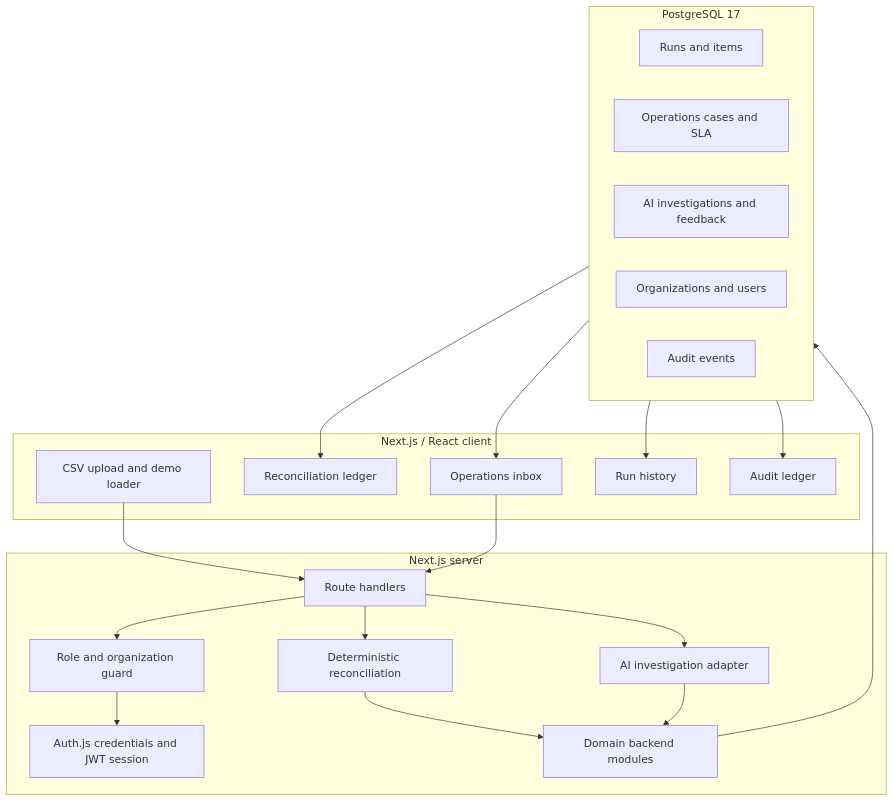
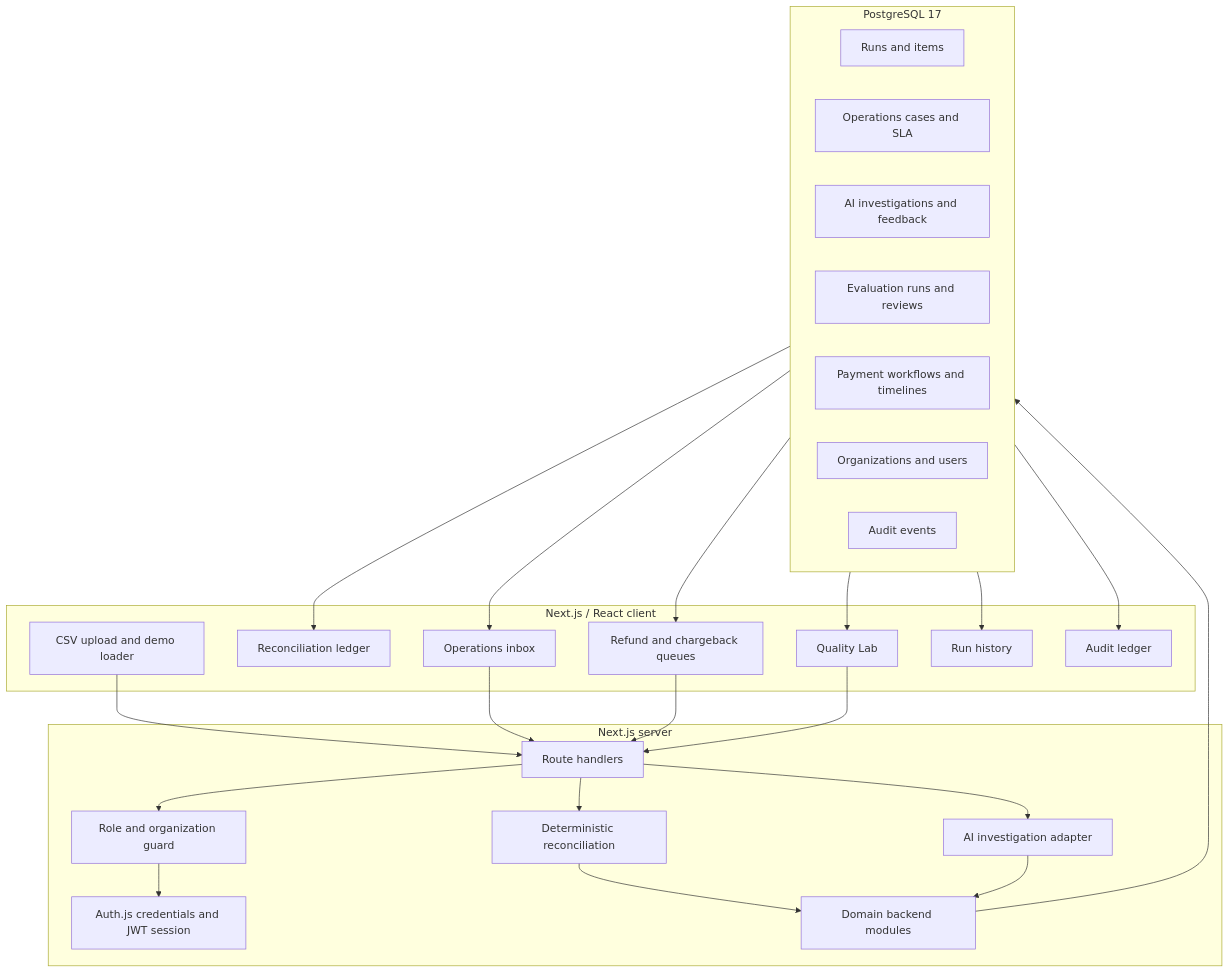
The diagram in docs/portfolio/ARCHITECTURE.md (himanisharrma/payops-copilot), drawn with Mermaid before and after one commit. The commit also changed other lines of this file and 15 other files, not shown here.

````diff
--- a/docs/portfolio/ARCHITECTURE.md
+++ b/docs/portfolio/ARCHITECTURE.md
@@ -8,41 +8,49 @@
 ```mermaid
 flowchart TB
     subgraph Client["Next.js / React client"]
       Upload[CSV upload and demo loader]
       Ledger[Reconciliation ledger]
       Ops[Operations inbox]
+      Lifecycles[Refund and chargeback queues]
+      Quality[Quality Lab]
       History[Run history]
       AuditUI[Audit ledger]
     end
 
     subgraph Server["Next.js server"]
       Auth[Auth.js credentials and JWT session]
       Routes[Route handlers]
       Engine[Deterministic reconciliation]
       Investigator[AI investigation adapter]
       Access[Role and organization guard]
       Modules[Domain backend modules]
     end
 
     subgraph Data["PostgreSQL 17"]
       Runs[Runs and items]
       Cases[Operations cases and SLA]
       AI[AI investigations and feedback]
+      Evals[Evaluation runs and reviews]
+      Workflows[Payment workflows and timelines]
       Identity[Organizations and users]
       Events[Audit events]
     end
 
     Upload --> Routes
     Routes --> Access
     Access --> Auth
     Routes --> Engine
     Engine --> Modules
     Ops --> Routes
+    Lifecycles --> Routes
+    Quality --> Routes
     Routes --> Investigator
     Investigator --> Modules
     Modules --> Data
     Data --> Ledger
     Data --> Ops
+    Data --> Lifecycles
+    Data --> Quality
     Data --> History
     Data --> AuditUI
 ```
````
